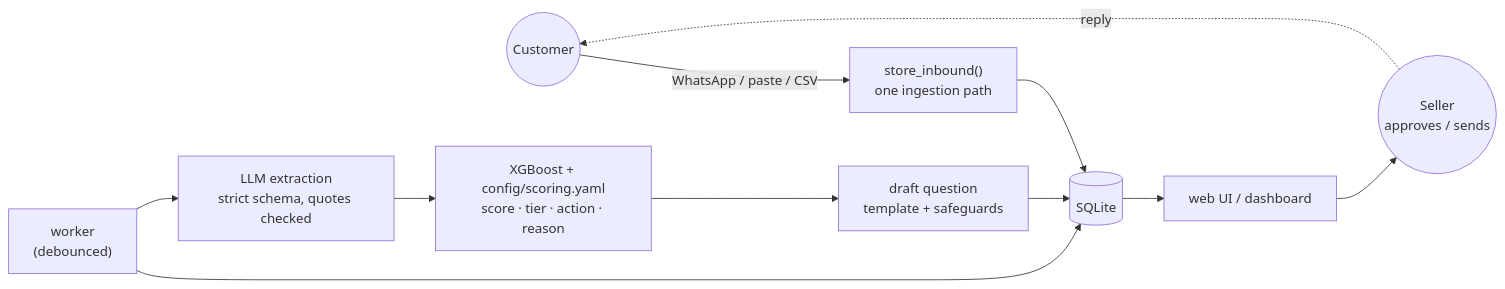
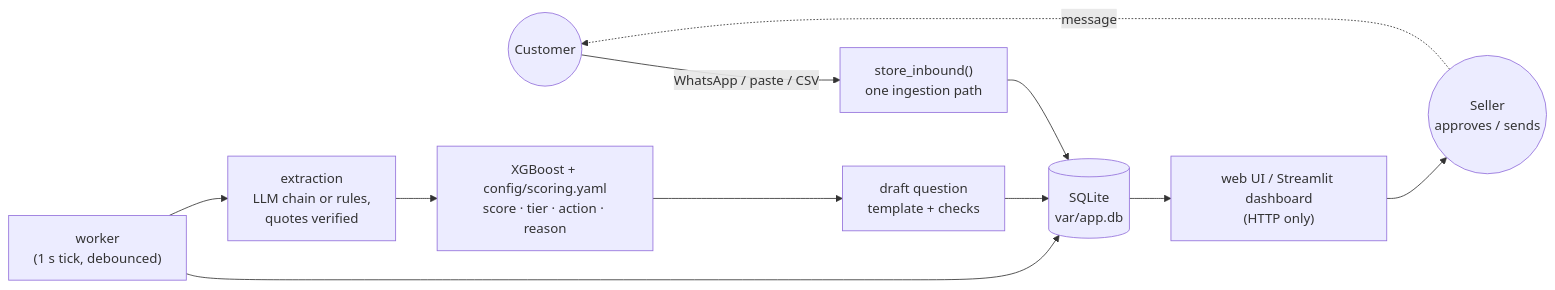
The diagram in README.md (omarbounawarapy/wasel), drawn with Mermaid before and after one commit. The commit also changed other lines of this file and 2 other files, not shown here.

````diff
--- a/README.md
+++ b/README.md
@@ -67,13 +31,13 @@
 ```mermaid
 flowchart LR
     C(("Customer")) -- "WhatsApp / paste / CSV" --> IN["store_inbound()<br/>one ingestion path"]
-    IN --> DB[("SQLite")]
-    W["worker<br/>(debounced)"] --> DB
-    W --> X["LLM extraction<br/>strict schema, quotes checked"]
+    IN --> DB[("SQLite<br/>var/app.db")]
+    W["worker<br/>(1 s tick, debounced)"] --> DB
+    W --> X["extraction<br/>LLM chain or rules,<br/>quotes verified"]
     X --> S["XGBoost + config/scoring.yaml<br/>score · tier · action · reason"]
-    S --> D["draft question<br/>template + safeguards"]
+    S --> D["draft question<br/>template + checks"]
     D --> DB
-    DB --> UI["web UI / dashboard"]
+    DB --> UI["web UI / Streamlit dashboard<br/>(HTTP only)"]
     UI --> P(("Seller<br/>approves / sends"))
-    P -. "reply" .-> C
+    P -. "message" .-> C
 ```
````
